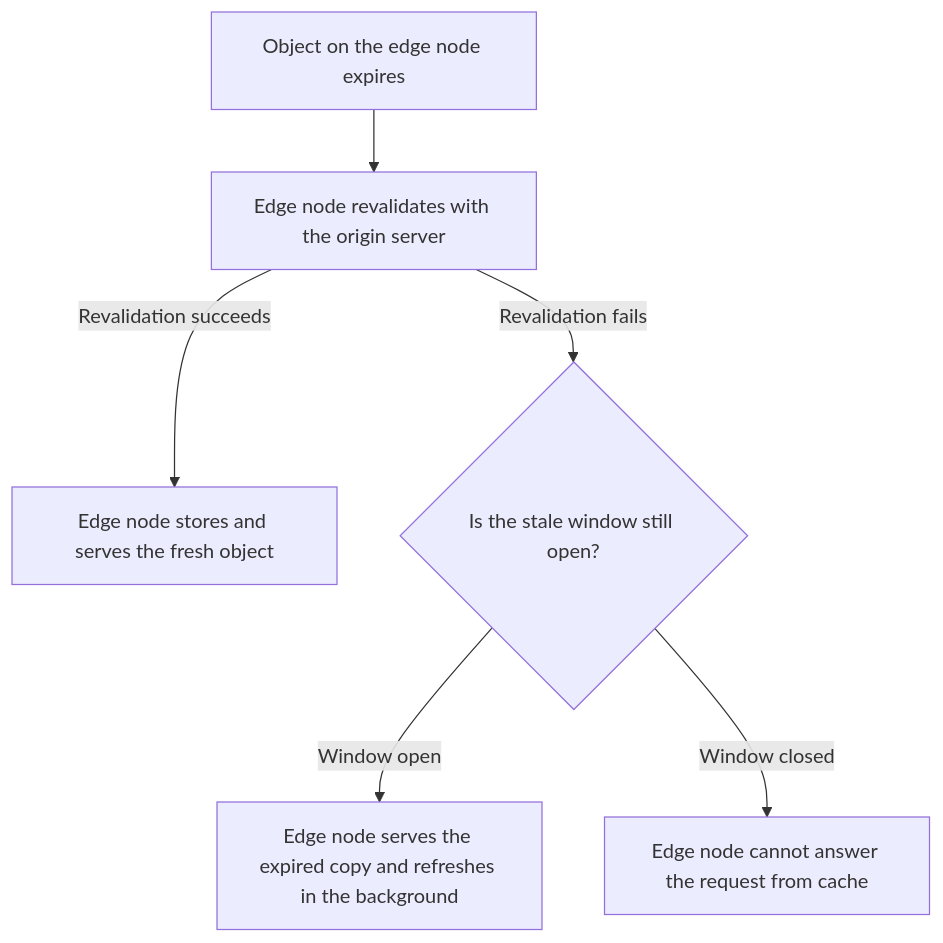
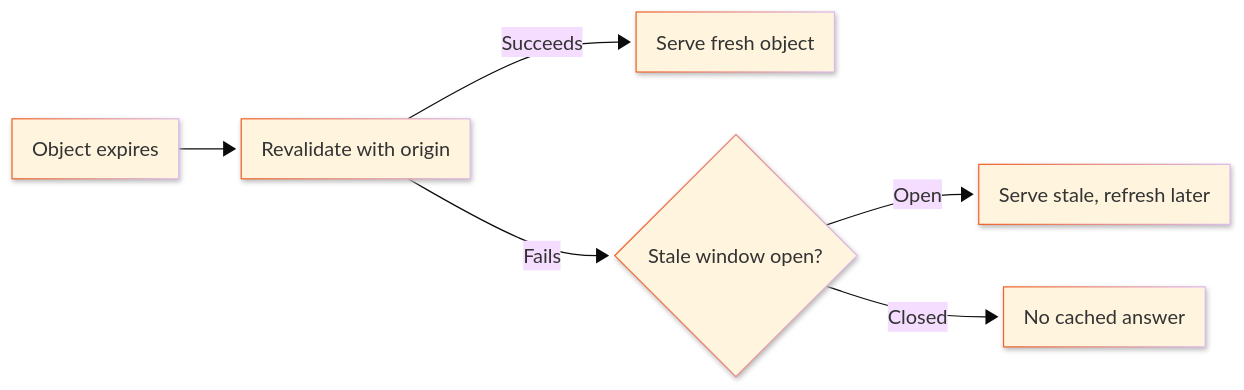
One commit to souzavinny/azion-docs changed the second of 2 diagrams in src/content/docs/en/pages/main-menu/reference/build/edge-application/cache-how-it-works.mdx. Above: the diagram before and after it, drawn with Mermaid. The commit also changed other lines of this file and 2 other files, not shown here.

Commit message:
fix(mermaid): fix raw theme

````diff
--- a/src/content/docs/en/pages/main-menu/reference/build/edge-application/cache-how-it-works.mdx
+++ b/src/content/docs/en/pages/main-menu/reference/build/edge-application/cache-how-it-works.mdx
@@ -102,8 +100,9 @@
 ```mermaid
-flowchart TD
-  A[Object on the edge node expires] --> B[Edge node revalidates with the origin server]
-  B -- Revalidation succeeds --> C[Edge node stores and serves the fresh object]
-  B -- Revalidation fails --> D{Is the stale window still open?}
-  D -- Window open --> E[Edge node serves the expired copy and refreshes in the background]
-  D -- Window closed --> F[Edge node cannot answer the request from cache]
+%%{init: {'look':'neo','theme':'base','themeVariables':{'primaryBorderColor':'#F3652B'}}}%%
+flowchart LR
+  A[Object expires] --> B[Revalidate with origin]
+  B -- Succeeds --> C[Serve fresh object]
+  B -- Fails --> D{Stale window open?}
+  D -- Open --> E[Serve stale, refresh later]
+  D -- Closed --> F[No cached answer]
 ```
````
